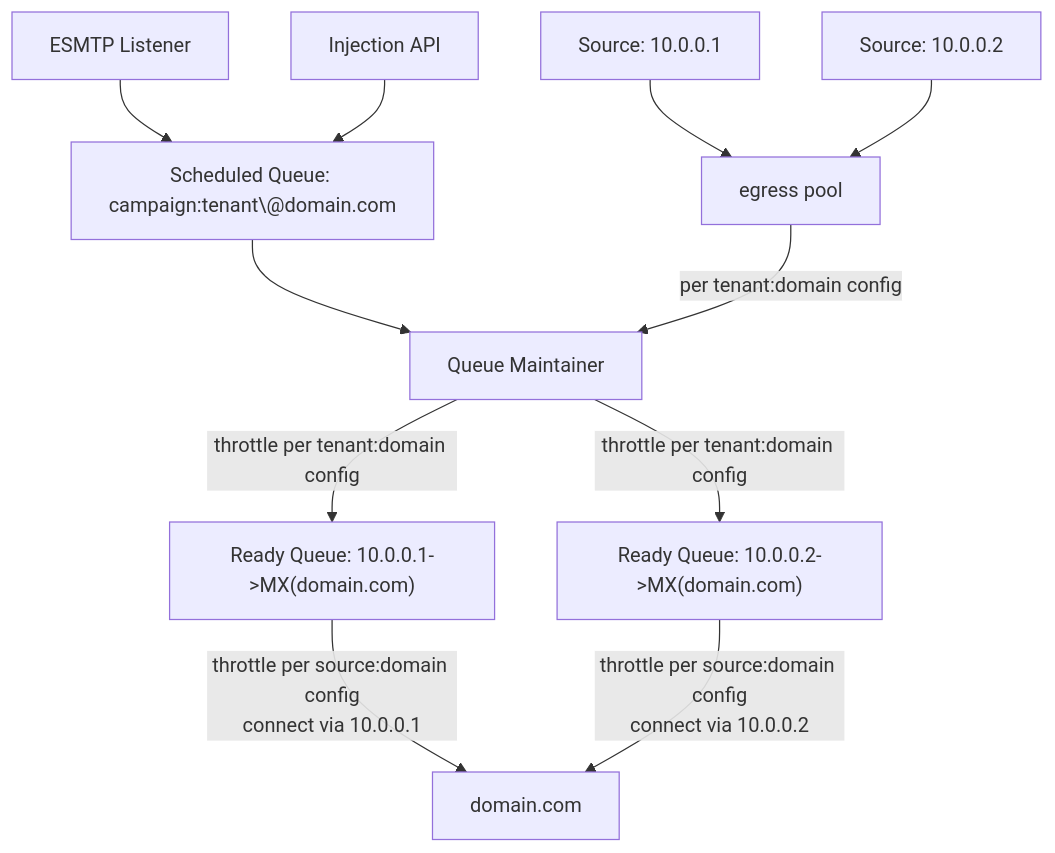
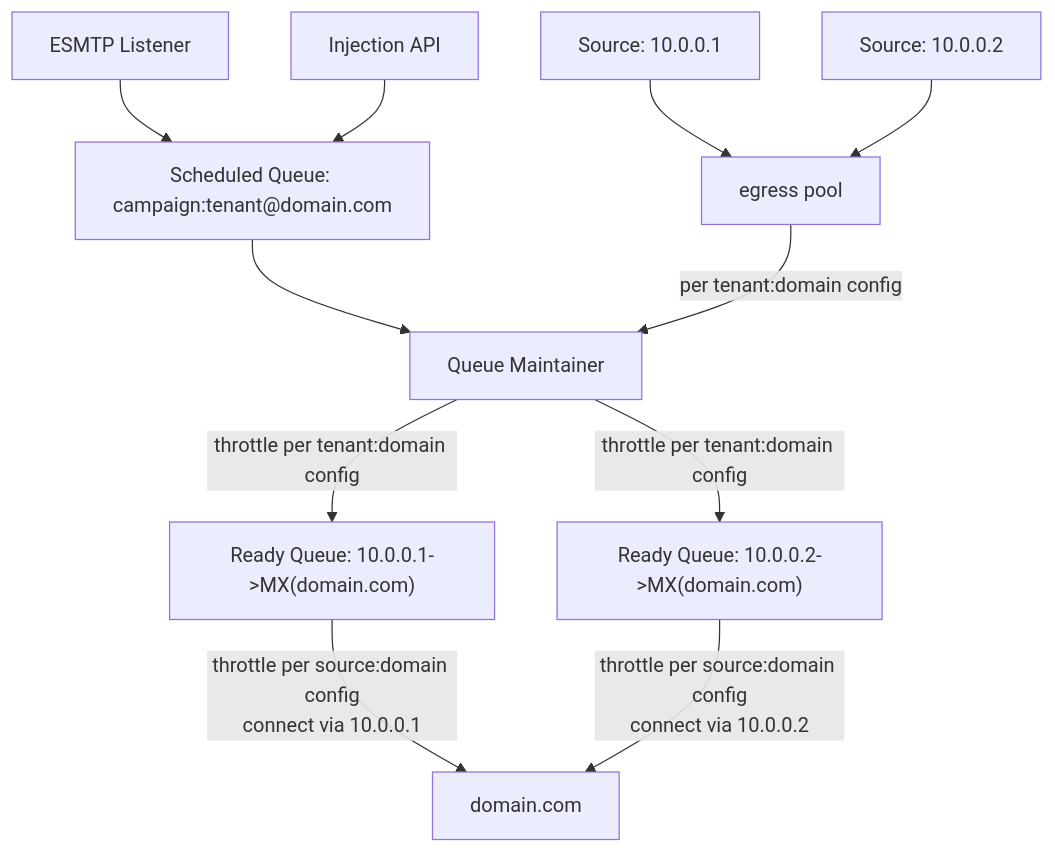
The diagram in docs/reference/queues.md (KumoCorp/kumomta), drawn with Mermaid before and after one commit.

Commit message:
Fixing the "/" in the Scheduled queue name formation

````diff
--- a/docs/reference/queues.md
+++ b/docs/reference/queues.md
@@ -216,24 +216,24 @@
 ```mermaid
 graph TD
-   SQ["Scheduled Queue: campaign:tenant\@domain.com"]
+   SQ["Scheduled Queue: campaign:tenant@domain.com"]
    SMTPL["ESMTP Listener"]
    HTTPI["Injection API"]
    RQ1["Ready Queue: 10.0.0.1->MX(domain.com)"]
    RQ2["Ready Queue: 10.0.0.2->MX(domain.com)"]
    POOL["egress pool"]
    IP1["Source: 10.0.0.1"]
    IP2["Source: 10.0.0.2"]
    MAINT["Queue Maintainer"]
    DESTSITE["domain.com"]
 
    SMTPL --> SQ
    HTTPI --> SQ
    SQ --> MAINT
    IP1 --> POOL
    IP2 --> POOL
    POOL -- per tenant:domain config --> MAINT
    MAINT -- throttle per tenant:domain config --> RQ1
    MAINT -- throttle per tenant:domain config --> RQ2
    RQ1 -- throttle per source:domain config<br>connect via 10.0.0.1 --> DESTSITE
    RQ2 -- throttle per source:domain config<br>connect via 10.0.0.2 --> DESTSITE
 ```
````
